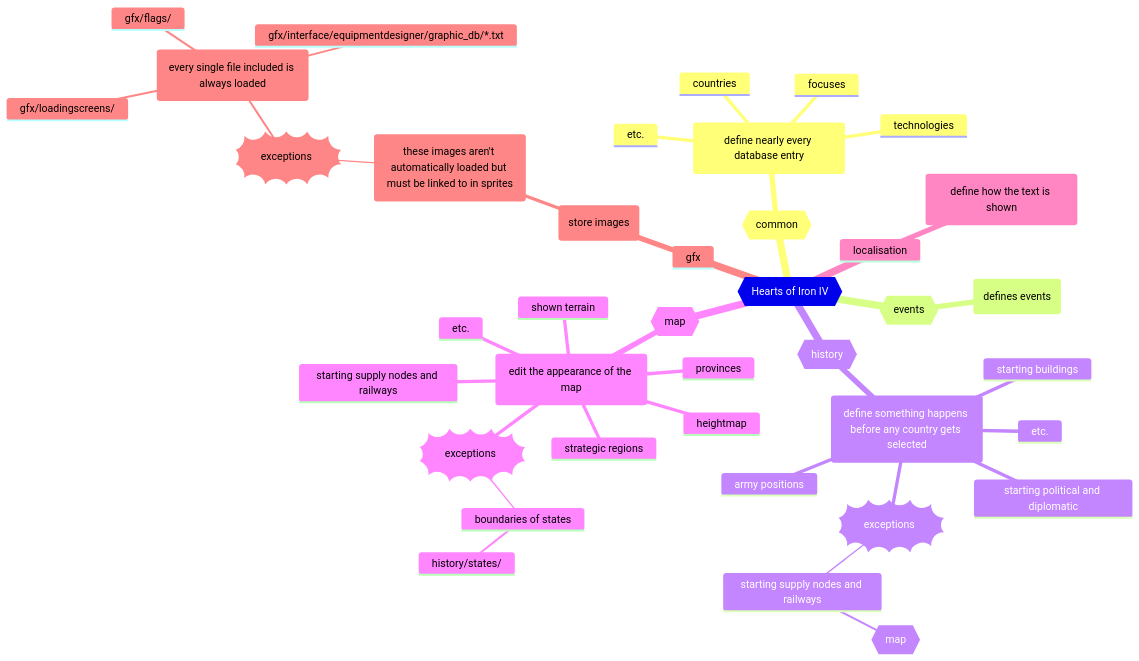
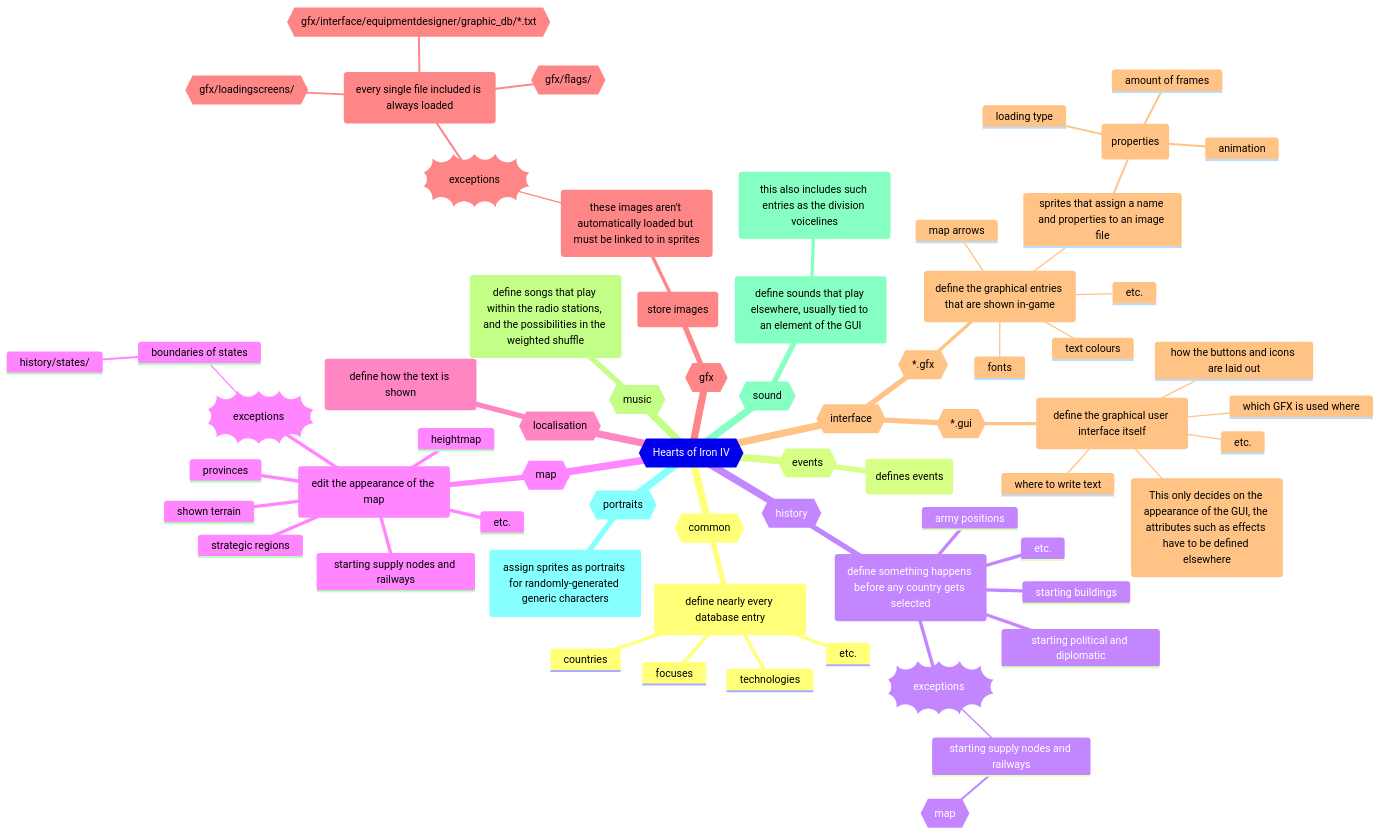
Before and after one commit to Supheria/FocusTree: the diagram in modding analysis/manual build test/folder structure.md, drawn with Mermaid. The commit also changed 34 other files, not shown here.

````diff
--- a/modding analysis/manual build test/folder structure.md
+++ b/modding analysis/manual build test/folder structure.md
@@ -41,11 +41,11 @@
 					boundaries of states
 						history/states/
 						::icon(fa fa-book)
-		localisation
+		{{localisation}}
 		::icon(fa fa-book)
 			(define how the text is shown)
 			::icon(fa fa-info)
-		gfx
+		{{gfx}}
 		::icon(fa fa-book)
 			(store images)
 			::icon(fa fa-info)
@@ -55,10 +55,50 @@
 					::icon(fa fa-ban forbidden)
 						(every single file included is always loaded)
 						::icon(fa fa-info)
-							gfx/loadingscreens/
+							{{gfx/loadingscreens/}}
 							::icon(fa fa-book)
-							gfx/flags/
+							{{gfx/flags/}}
 							::icon(fa fa-book)
-							gfx/interface/equipmentdesigner/graphic_db/*.txt
-							::icon(fa fa-book)
+							{{gfx/interface/equipmentdesigner/graphic_db/*.txt}}
+							::icon(fa fa-edit)
+		{{interface}}
+		::icon(fa fa-book)
+			{{*.gfx}}
+			::icon(fa fa-edit)
+				(define the graphical entries that are shown in-game)
+				::icon(fa fa-info)
+					sprites that assign a name and properties to an image file
+						(properties)
+						::icon(fa fa-paperclip)
+							animation
+							amount of frames
+							loading type
+					fonts
+					text colours
+					map arrows
+					etc.
+			{{*.gui}}
+			::icon(fa fa-edit)
+				(define the graphical user interface itself)
+				::icon(fa fa-info)
+					how the buttons and icons are laid out
+					which GFX is used where
+					where to write text
+					etc.
+					(This only decides on the appearance of the GUI, the attributes such as effects have to be defined elsewhere)
+					::icon(fa fa-exclamation-triangle)
+		{{music}}
+		::icon(fa fa-book)
+			(define songs that play within the radio stations, and the possibilities in the weighted shuffle)
+			::icon(fa fa-info)
+		{{sound}}
+		::icon(fa fa-book)
+			(define sounds that play elsewhere, usually tied to an element of the GUI)
+			::icon(fa fa-info)
+				(this also includes such entries as the division voicelines)
+				::icon(fa fa-info)
+		{{portraits}}
+		::icon(fa fa-book)
+			(assign sprites as portraits for randomly-generated generic characters)
+			::icon(fa fa-info)
 ```
````
